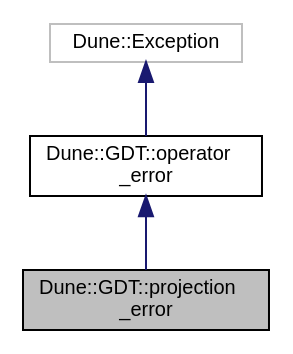
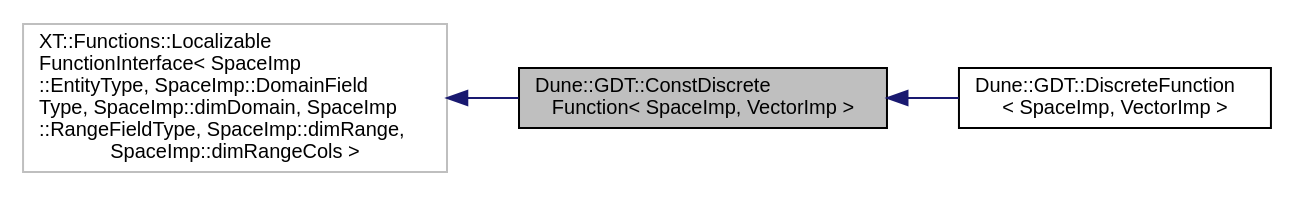
The diagram in docs/dune-gdt/master/a01159.dot (dune-community/dune-community.github.io), drawn with Graphviz before and after one commit. The commit also changed 4372 other files, not shown here.

Commit message:
Updated documentation for dune-gdt master

```diff
--- a/docs/dune-gdt/master/a01159.dot
+++ b/docs/dune-gdt/master/a01159.dot
@@ -1,10 +1,11 @@
-digraph "Dune::GDT::projection_error"
+digraph "Dune::GDT::ConstDiscreteFunction&lt; SpaceImp, VectorImp &gt;"
 {
   edge [fontname="Helvetica",fontsize="10",labelfontname="Helvetica",labelfontsize="10"];
   node [fontname="Helvetica",fontsize="10",shape=record];
-  Node1 [label="Dune::GDT::projection\l_error",height=0.2,width=0.4,color="black", fillcolor="grey75", style="filled", fontcolor="black"];
-  Node2 -> Node1 [dir="back",color="midnightblue",fontsize="10",style="solid",fontname="Helvetica"];
-  Node2 [label="Dune::GDT::operator\l_error",height=0.2,width=0.4,color="black", fillcolor="white", style="filled",URL="$a00441.html"];
-  Node3 -> Node2 [dir="back",color="midnightblue",fontsize="10",style="solid",fontname="Helvetica"];
-  Node3 [label="Dune::Exception",height=0.2,width=0.4,color="grey75", fillcolor="white", style="filled"];
+  rankdir="LR";
+  Node0 [label="Dune::GDT::ConstDiscrete\lFunction\< SpaceImp, VectorImp \>",height=0.2,width=0.4,color="black", fillcolor="grey75", style="filled", fontcolor="black"];
+  Node1 -> Node0 [dir="back",color="midnightblue",fontsize="10",style="solid",fontname="Helvetica"];
+  Node1 [label="XT::Functions::Localizable\lFunctionInterface\< SpaceImp\l::EntityType, SpaceImp::DomainField\lType, SpaceImp::dimDomain, SpaceImp\l::RangeFieldType, SpaceImp::dimRange,\l SpaceImp::dimRangeCols \>",height=0.2,width=0.4,color="grey75", fillcolor="white", style="filled"];
+  Node0 -> Node2 [dir="back",color="midnightblue",fontsize="10",style="solid",fontname="Helvetica"];
+  Node2 [label="Dune::GDT::DiscreteFunction\l\< SpaceImp, VectorImp \>",height=0.2,width=0.4,color="black", fillcolor="white", style="filled",URL="$a01192.html"];
 }
```
